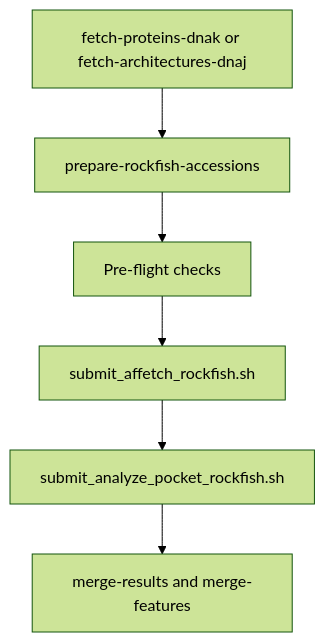
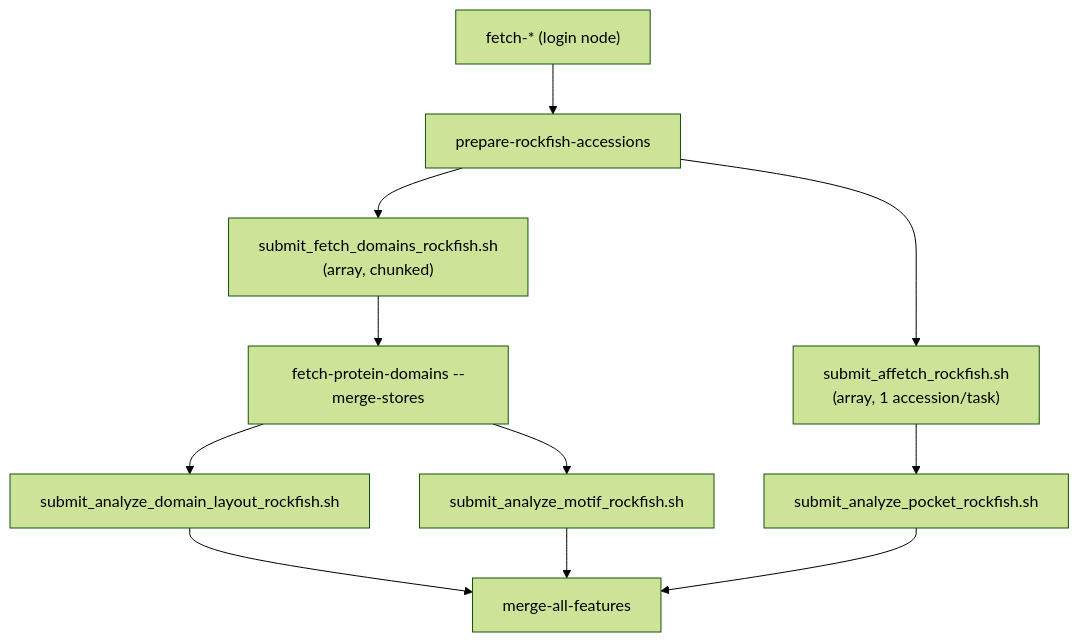
Before and after one commit to jBeale23/20260601_reu_project: the second of 2 diagrams in README.md, drawn with Mermaid (forest theme). The commit also changed other lines of this file and 72 other files, not shown here.

````diff
--- a/README.md
+++ b/README.md
@@ -241,11 +757,13 @@
 ```mermaid
 flowchart TD
-  fetch[fetch-proteins-dnak or fetch-architectures-dnaj]
-  prepare[prepare-rockfish-accessions]
-  preflight[Pre-flight checks]
-  affetch[submit_affetch_rockfish.sh]
-  pocket[submit_analyze_pocket_rockfish.sh]
-  merge[merge-results and merge-features]
-
-  fetch --> prepare --> preflight --> affetch --> pocket --> merge
+  fetch["fetch-* (login node)"] --> prepare["prepare-rockfish-accessions"]
+  prepare --> domains["submit_fetch_domains_rockfish.sh<br/>(array, chunked)"]
+  prepare --> affetch["submit_affetch_rockfish.sh<br/>(array, 1 accession/task)"]
+  domains --> mergestores["fetch-protein-domains --merge-stores"]
+  mergestores --> layout["submit_analyze_domain_layout_rockfish.sh"]
+  mergestores --> motif["submit_analyze_motif_rockfish.sh"]
+  affetch --> pocket["submit_analyze_pocket_rockfish.sh"]
+  layout --> mergeall["merge-all-features"]
+  motif --> mergeall
+  pocket --> mergeall
 ```
````
